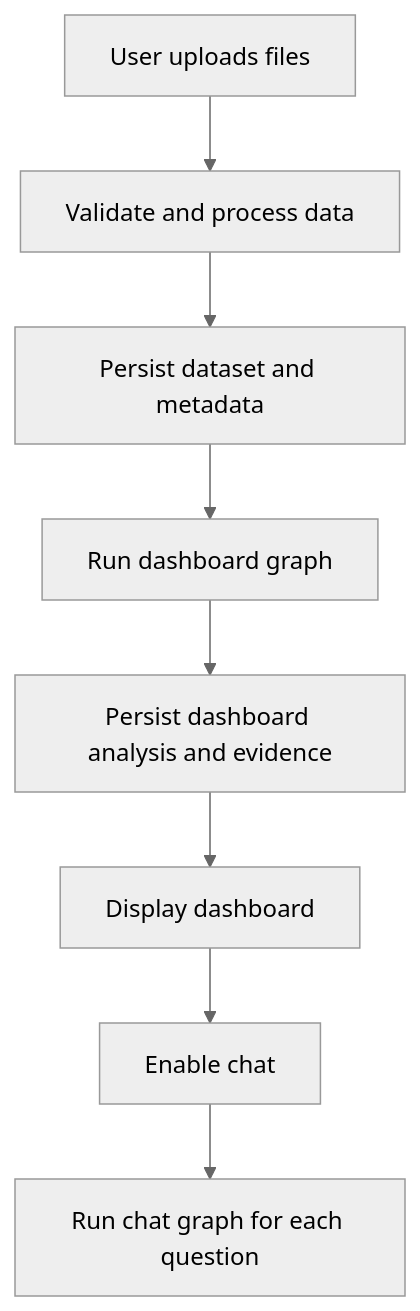
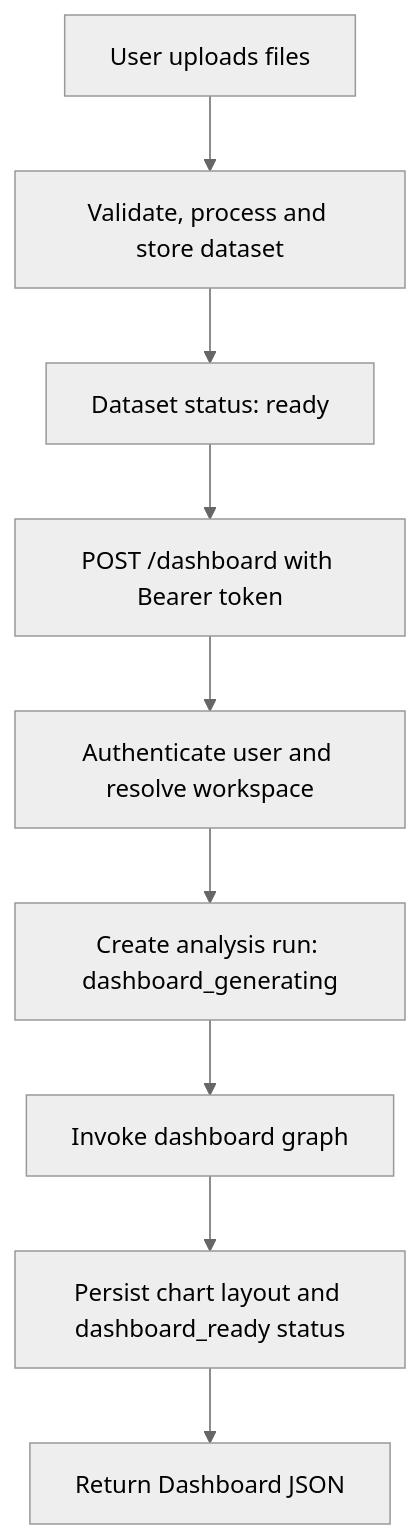
The first of 3 diagrams in LANGGRAPH_ARCHITECTURE.md (v-rowjee/MMP), drawn with Mermaid (neutral theme) before and after one commit. The commit also changed other lines of this file and 6 other files, not shown here.

````diff
--- a/LANGGRAPH_ARCHITECTURE.md
+++ b/LANGGRAPH_ARCHITECTURE.md
@@ -17,10 +26,11 @@
 ```mermaid
 flowchart TD
-    A["User uploads files"] --> B["Validate and process data"]
-    B --> C["Persist dataset and metadata"]
-    C --> D["Run dashboard graph"]
-    D --> E["Persist dashboard analysis and evidence"]
-    E --> F["Display dashboard"]
-    F --> G["Enable chat"]
-    G --> H["Run chat graph for each question"]
+    A["User uploads files"] --> B["Validate, process and store dataset"]
+    B --> C["Dataset status: ready"]
+    C --> D["POST /dashboard with Bearer token"]
+    D --> E["Authenticate user and resolve workspace"]
+    E --> F["Create analysis run: dashboard_generating"]
+    F --> G["Invoke dashboard graph"]
+    G --> H["Persist chart layout and dashboard_ready status"]
+    H --> I["Return Dashboard JSON"]
 ```
````
